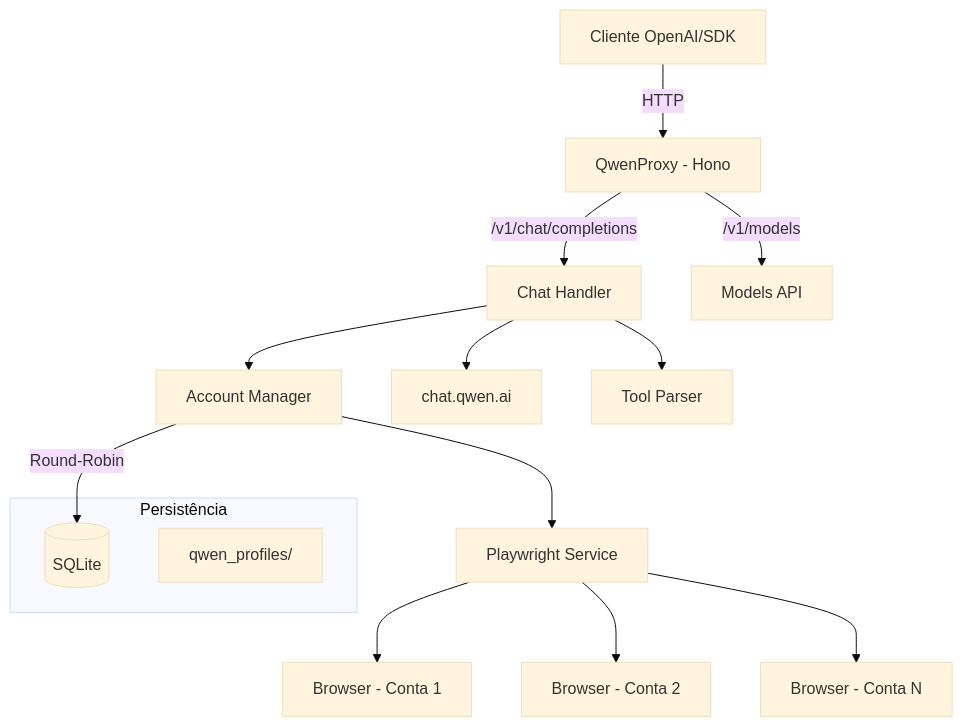
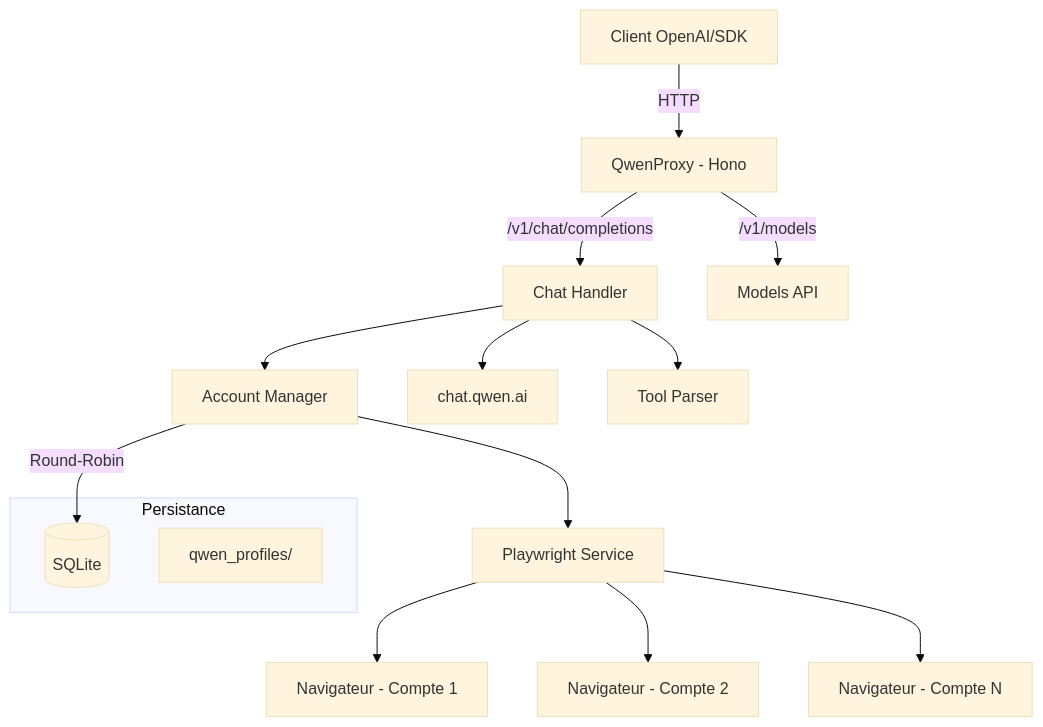
The diagram in README.md (jul-ienfr/Qwen-Proxy), drawn with Mermaid (base theme) before and after one commit. The commit also changed other lines of this file, not shown here.

````diff
--- a/README.md
+++ b/README.md
@@ -51,19 +51,19 @@
 ```mermaid
 graph TD
-    Client[Cliente OpenAI/SDK] -->|HTTP| Proxy[QwenProxy - Hono]
+    Client[Client OpenAI/SDK] -->|HTTP| Proxy[QwenProxy - Hono]
     Proxy -->|/v1/chat/completions| Handler[Chat Handler]
     Proxy -->|/v1/models| Models[Models API]
     Handler --> AccountMgr[Account Manager]
     AccountMgr -->|Round-Robin| Accounts[(SQLite)]
     AccountMgr --> Playwright[Playwright Service]
-    Playwright --> Browser1[Browser - Conta 1]
-    Playwright --> Browser2[Browser - Conta 2]
-    Playwright --> BrowserN[Browser - Conta N]
+    Playwright --> Browser1[Navigateur - Compte 1]
+    Playwright --> Browser2[Navigateur - Compte 2]
+    Playwright --> BrowserN[Navigateur - Compte N]
     Handler --> QwenAPI[chat.qwen.ai]
     Handler --> Tools[Tool Parser]
 
-    subgraph "Persistência"
+    subgraph "Persistance"
         Accounts
         Profiles[qwen_profiles/]
     end
 ```
````
